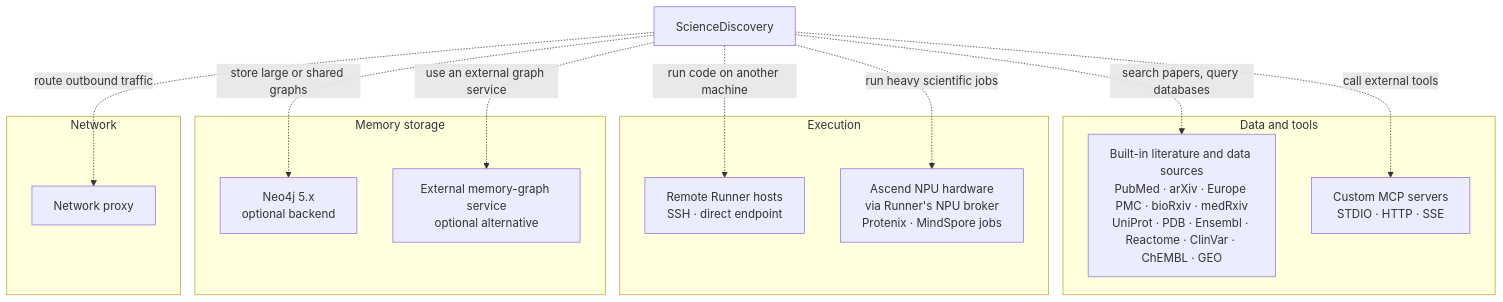
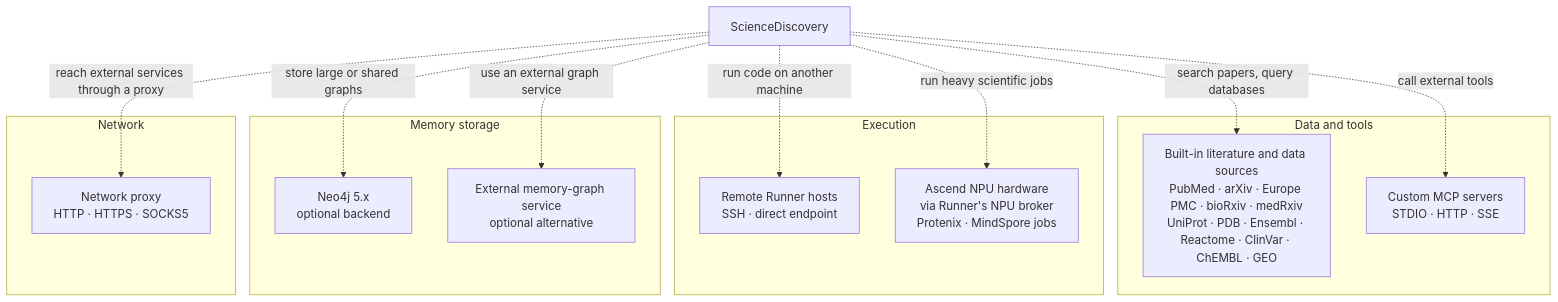
One commit to michaelatamuk/agentic-desk changed the second of 5 diagrams in company/sciencediscovery/overview.md. Above: the diagram before and after it, drawn with Mermaid. The commit also changed other lines of this file, not shown here.

Commit message:
docs(company): explain the network proxy use case

````diff
--- a/company/sciencediscovery/overview.md
+++ b/company/sciencediscovery/overview.md
@@ -80,31 +80,31 @@
 ```mermaid
 flowchart TD
   SD["ScienceDiscovery"]
 
   subgraph DATA["Data and tools"]
     L["Built-in literature and data sources<br/>PubMed · arXiv · Europe PMC · bioRxiv · medRxiv<br/>UniProt · PDB · Ensembl · Reactome · ClinVar · ChEMBL · GEO"]
     M["Custom MCP servers<br/>STDIO · HTTP · SSE"]
   end
 
   subgraph EXEC["Execution"]
     R["Remote Runner hosts<br/>SSH · direct endpoint"]
     NPU["Ascend NPU hardware<br/>via Runner's NPU broker<br/>Protenix · MindSpore jobs"]
   end
 
   subgraph MEM["Memory storage"]
     NEO["Neo4j 5.x<br/>optional backend"]
     EXT["External memory-graph service<br/>optional alternative"]
   end
 
   subgraph NET["Network"]
-    P["Network proxy"]
+    P["Network proxy<br/>HTTP · HTTPS · SOCKS5"]
   end
 
   SD -.->|"search papers, query databases"| L
   SD -.->|"call external tools"| M
   SD -.->|"run code on another machine"| R
   SD -.->|"run heavy scientific jobs"| NPU
   SD -.->|"store large or shared graphs"| NEO
   SD -.->|"use an external graph service"| EXT
-  SD -.->|"route outbound traffic"| P
+  SD -.->|"reach external services through a proxy"| P
 ```
````
